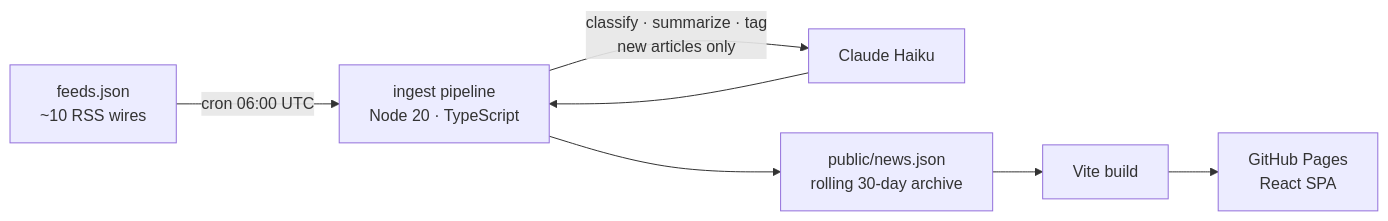
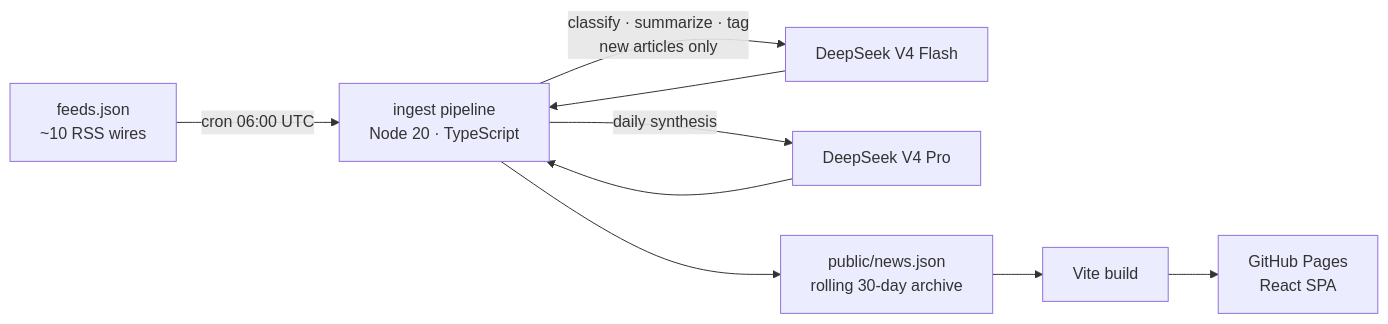
One commit to marco144803025/AI-News-Reader changed the diagram in README.md. Above: the diagram before and after it, drawn with Mermaid. The commit also changed other lines of this file and 13 other files, not shown here.

First line of the commit message:
feat(F10): migrate ingestion from Claude to DeepSeek

````diff
--- a/README.md
+++ b/README.md
@@ -39,9 +39,11 @@
 ```mermaid
 flowchart LR
     F[feeds.json<br/>~10 RSS wires] -->|cron 06:00 UTC| I[ingest pipeline<br/>Node 20 · TypeScript]
-    I -->|classify · summarize · tag<br/>new articles only| C[Claude Haiku]
+    I -->|classify · summarize · tag<br/>new articles only| C[DeepSeek V4 Flash]
     C --> I
+    I -->|daily synthesis| D[DeepSeek V4 Pro]
+    D --> I
     I --> J[public/news.json<br/>rolling 30-day archive]
     J --> B[Vite build]
     B --> P[GitHub Pages<br/>React SPA]
 ```
````
